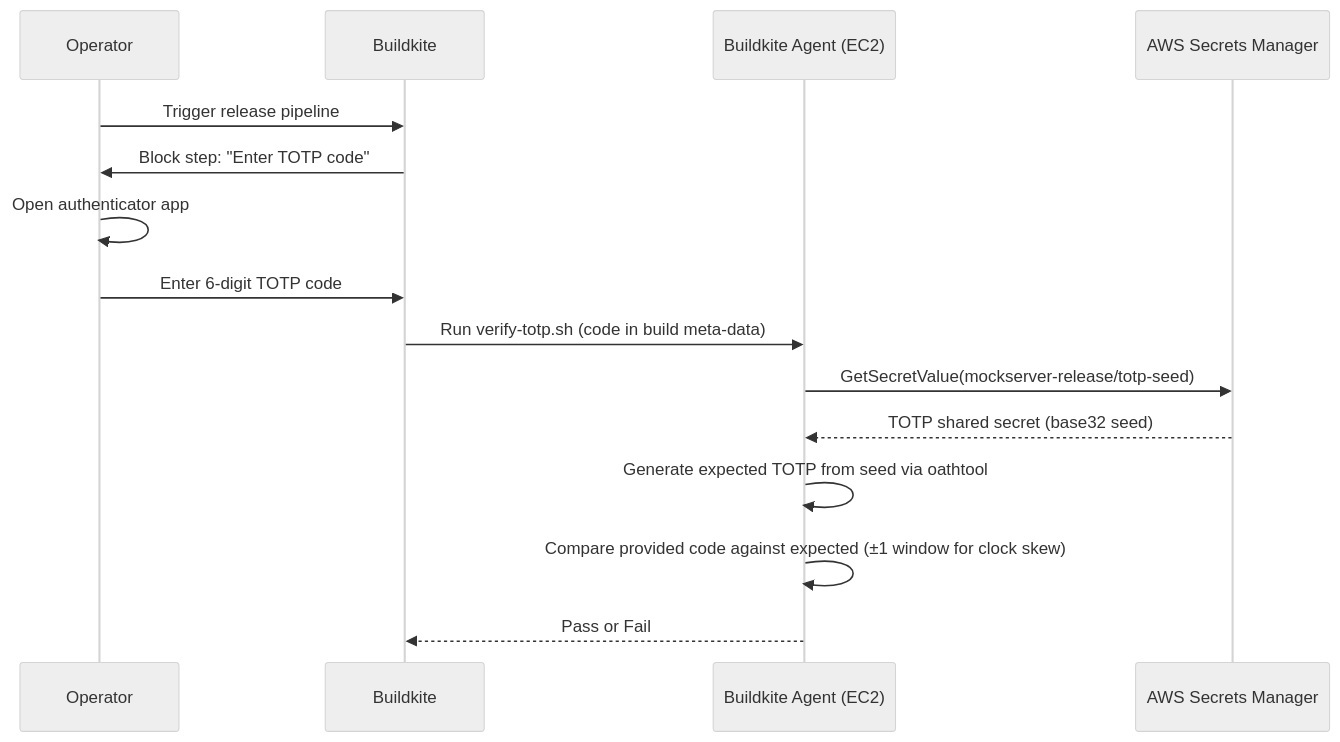
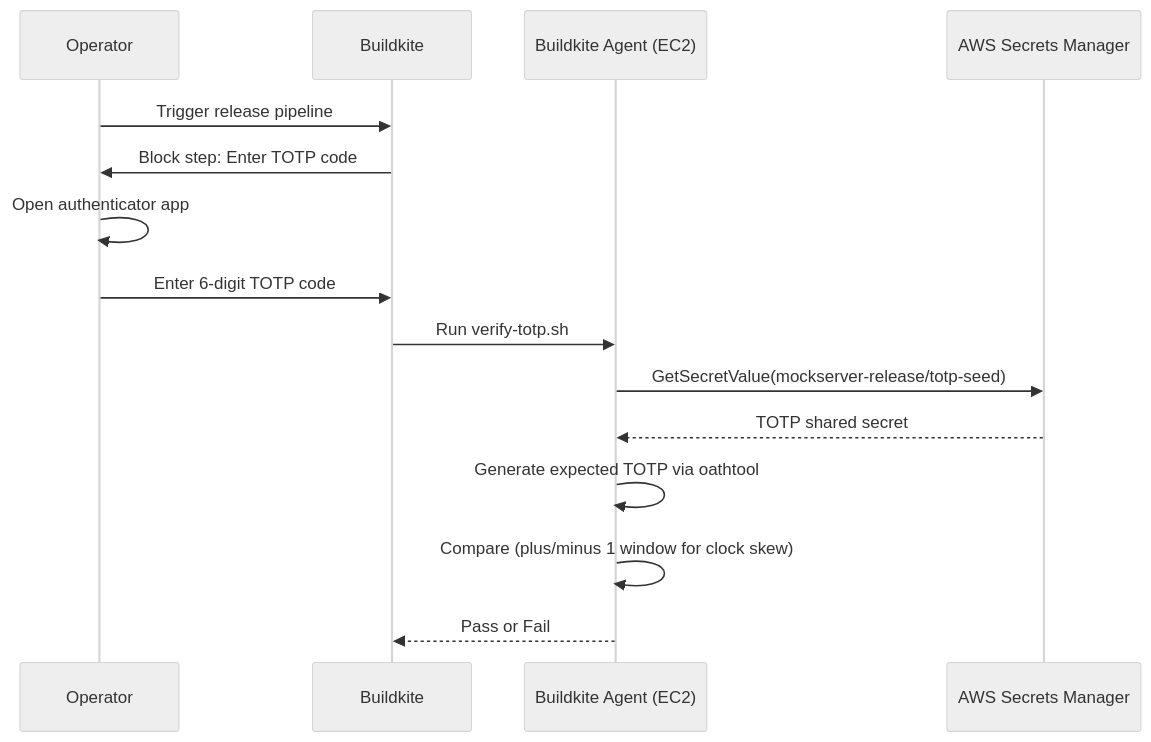
The third of 5 diagrams in docs/plans/release-pipeline.md (mock-server/mockserver), drawn with Mermaid (neutral theme) before and after one commit. The commit also changed other lines of this file, not shown here.

````diff
--- a/docs/plans/release-pipeline.md
+++ b/docs/plans/release-pipeline.md
@@ -311,18 +410,18 @@
 ```mermaid
 sequenceDiagram
     participant Operator
     participant Buildkite
     participant Agent as Buildkite Agent (EC2)
     participant AWS as AWS Secrets Manager
 
     Operator->>Buildkite: Trigger release pipeline
-    Buildkite->>Operator: Block step: "Enter TOTP code"
+    Buildkite->>Operator: Block step: Enter TOTP code
     Operator->>Operator: Open authenticator app
     Operator->>Buildkite: Enter 6-digit TOTP code
-    Buildkite->>Agent: Run verify-totp.sh (code in build meta-data)
+    Buildkite->>Agent: Run verify-totp.sh
     Agent->>AWS: GetSecretValue(mockserver-release/totp-seed)
-    AWS-->>Agent: TOTP shared secret (base32 seed)
-    Agent->>Agent: Generate expected TOTP from seed via oathtool
-    Agent->>Agent: Compare provided code against expected (±1 window for clock skew)
+    AWS-->>Agent: TOTP shared secret
+    Agent->>Agent: Generate expected TOTP via oathtool
+    Agent->>Agent: Compare (plus/minus 1 window for clock skew)
     Agent-->>Buildkite: Pass or Fail
 ```
````
